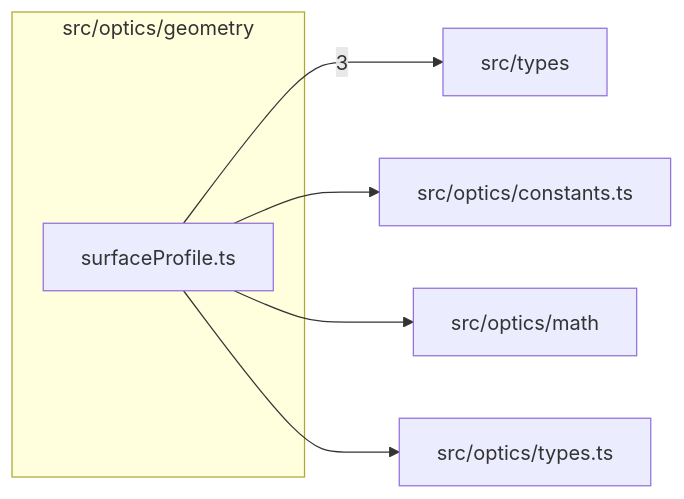
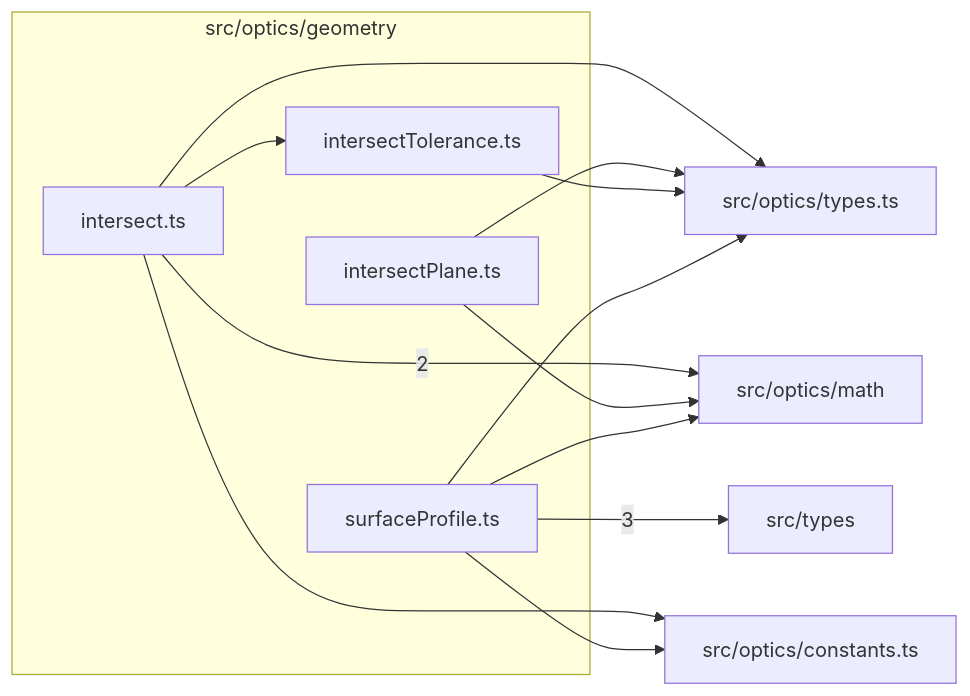
One commit to ronbuening/LensVisualizer changed the diagram in src/optics/geometry/readme.md. Above: the diagram before and after it, drawn with Mermaid. The commit also changed other lines of this file and 26 other files, not shown here.

````diff
--- a/src/optics/geometry/readme.md
+++ b/src/optics/geometry/readme.md
@@ -9,14 +9,24 @@
 ```mermaid
 flowchart LR
   subgraph n_src_optics_geometry["src/optics/geometry"]
+    n_src_optics_geometry_src_optics_geometry_intersect_ts["intersect.ts"]
+    n_src_optics_geometry_src_optics_geometry_intersectPlane_ts["intersectPlane.ts"]
+    n_src_optics_geometry_src_optics_geometry_intersectTolerance_ts["intersectTolerance.ts"]
     n_src_optics_geometry_src_optics_geometry_surfaceProfile_ts["surfaceProfile.ts"]
   end
   n_external_src_types["src/types"]
+  n_external_src_optics_math["src/optics/math"]
   n_external_src_optics_constants_ts["src/optics/constants.ts"]
-  n_external_src_optics_math["src/optics/math"]
   n_external_src_optics_types_ts["src/optics/types.ts"]
   n_src_optics_geometry_src_optics_geometry_surfaceProfile_ts --> |3| n_external_src_types
+  n_src_optics_geometry_src_optics_geometry_intersect_ts --> |2| n_external_src_optics_math
+  n_src_optics_geometry_src_optics_geometry_intersect_ts --> n_external_src_optics_constants_ts
   n_src_optics_geometry_src_optics_geometry_surfaceProfile_ts --> n_external_src_optics_constants_ts
+  n_src_optics_geometry_src_optics_geometry_intersectPlane_ts --> n_external_src_optics_math
   n_src_optics_geometry_src_optics_geometry_surfaceProfile_ts --> n_external_src_optics_math
+  n_src_optics_geometry_src_optics_geometry_intersect_ts --> n_external_src_optics_types_ts
+  n_src_optics_geometry_src_optics_geometry_intersectPlane_ts --> n_external_src_optics_types_ts
+  n_src_optics_geometry_src_optics_geometry_intersectTolerance_ts --> n_external_src_optics_types_ts
   n_src_optics_geometry_src_optics_geometry_surfaceProfile_ts --> n_external_src_optics_types_ts
+  n_src_optics_geometry_src_optics_geometry_intersect_ts --> n_src_optics_geometry_src_optics_geometry_intersectTolerance_ts
 ```
````
